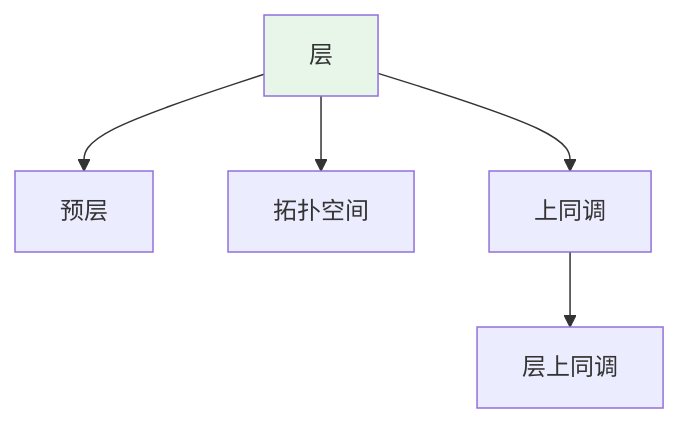
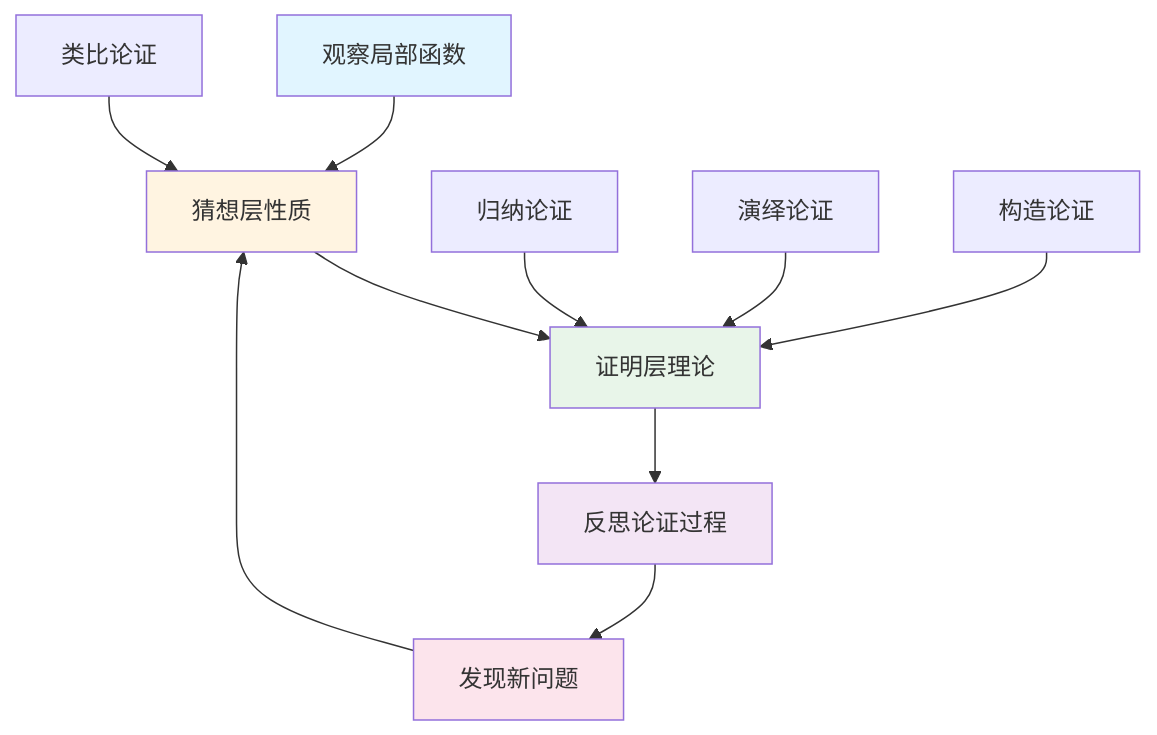
The fifth of 11 diagrams in concept/核心概念/22-层.md (AdaMartin18010/FormalMath), drawn with Mermaid before and after one commit. The commit also changed other lines of this file and 4793 other files, not shown here.

````diff
--- a/concept/核心概念/22-层.md
+++ b/concept/核心概念/22-层.md
@@ -709,9 +1430,19 @@
 ```mermaid
 graph TD
-    A[层] --> B[预层]
-    A --> C[拓扑空间]
-    A --> D[上同调]
-    D --> E[层上同调]
+    A[观察局部函数] --> B[猜想层性质]
+    B --> C[证明层理论]
+    C --> D[反思论证过程]
+    D --> E[发现新问题]
+    E --> B
 
-    style A fill:#e8f5e9
+    F[归纳论证] --> C
+    G[演绎论证] --> C
+    H[类比论证] --> B
+    I[构造论证] --> C
+
+    style A fill:#e1f5ff
+    style B fill:#fff4e1
+    style C fill:#e8f5e9
+    style D fill:#f3e5f5
+    style E fill:#fce4ec
 ```
````
